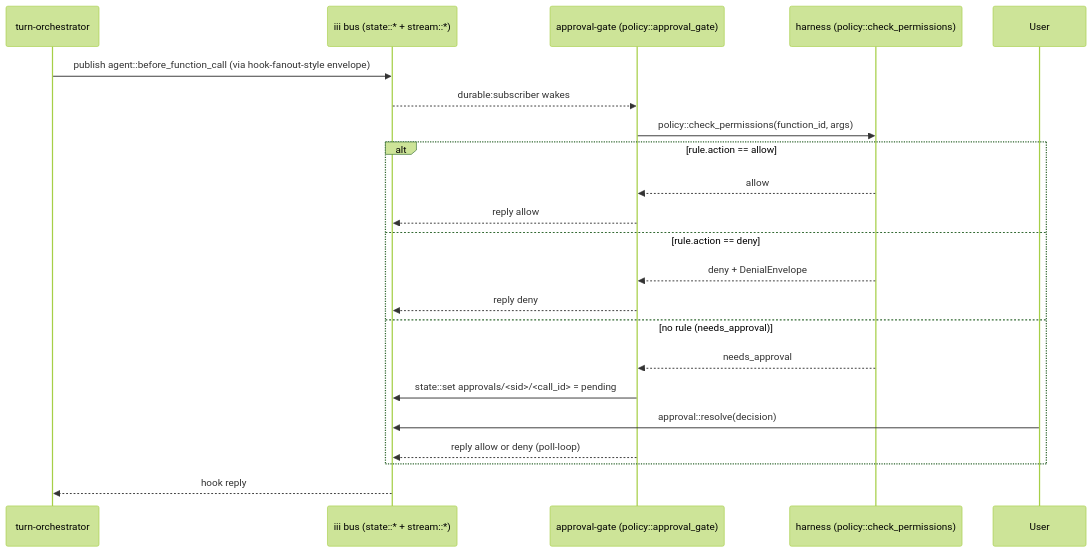
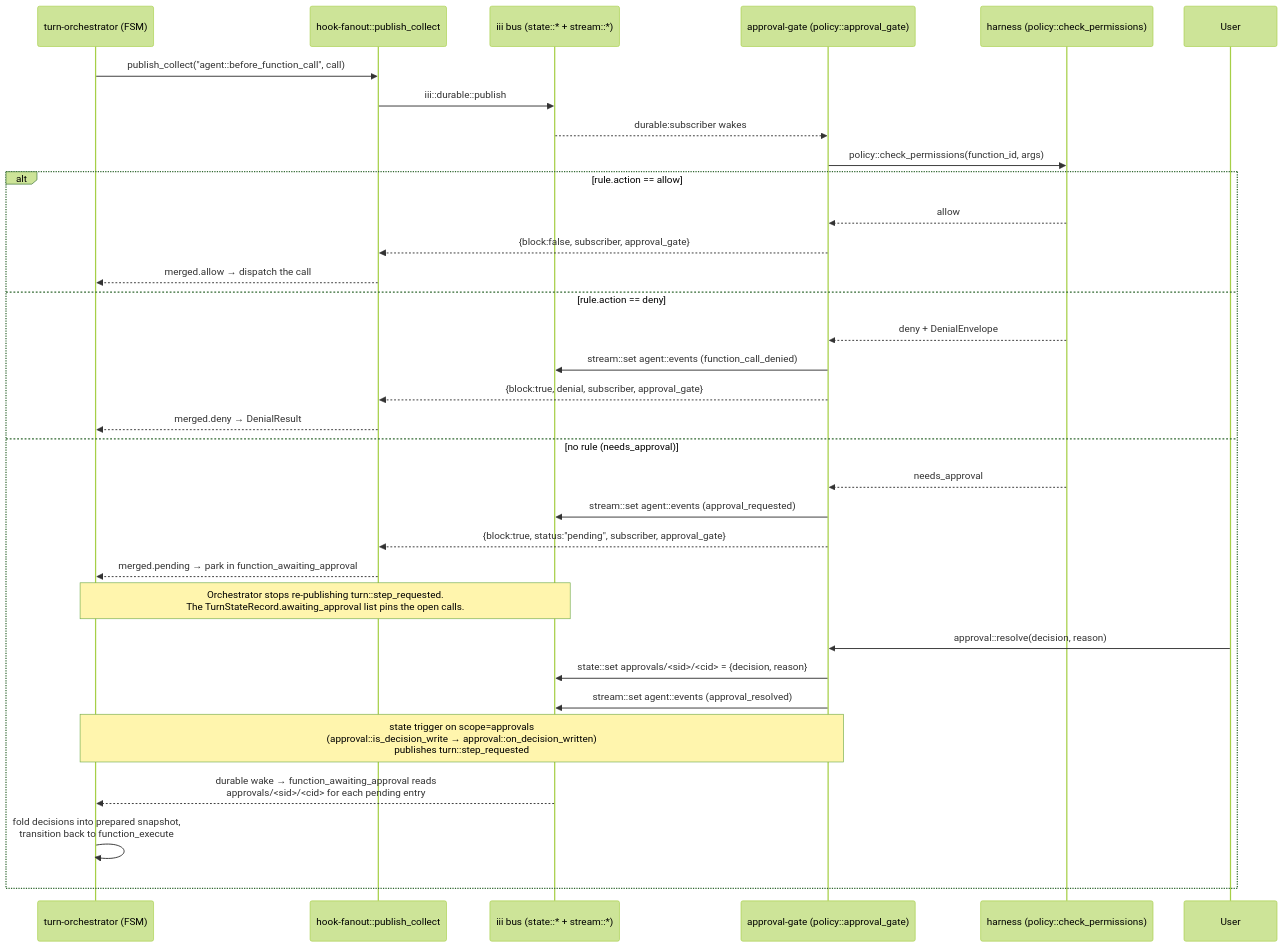
One commit to iii-hq/workers changed the third of 4 diagrams in harness-node/docs/architecture.md. Above: the diagram before and after it, drawn with Mermaid (forest theme). The commit also changed other lines of this file and 7 other files, not shown here.

First line of the commit message:
docs(harness-node): refresh architecture for reactive approval resume

````diff
--- a/harness-node/docs/architecture.md
+++ b/harness-node/docs/architecture.md
@@ -108,25 +128,36 @@
 ```mermaid
 sequenceDiagram
-  participant Turn as turn-orchestrator
+  participant Turn as turn-orchestrator (FSM)
+  participant Hook as hook-fanout::publish_collect
   participant Bus as iii bus (state::* + stream::*)
   participant Gate as approval-gate (policy::approval_gate)
   participant Harness as harness (policy::check_permissions)
   participant User
 
-  Turn->>Bus: publish agent::before_function_call (via hook-fanout-style envelope)
+  Turn->>Hook: publish_collect("agent::before_function_call", call)
+  Hook->>Bus: iii::durable::publish
   Bus-->>Gate: durable:subscriber wakes
   Gate->>Harness: policy::check_permissions(function_id, args)
   alt rule.action == allow
     Harness-->>Gate: allow
-    Gate-->>Bus: reply allow
+    Gate-->>Hook: {block:false, subscriber, approval_gate}
+    Hook-->>Turn: merged.allow → dispatch the call
   else rule.action == deny
     Harness-->>Gate: deny + DenialEnvelope
-    Gate-->>Bus: reply deny
+    Gate->>Bus: stream::set agent::events (function_call_denied)
+    Gate-->>Hook: {block:true, denial, subscriber, approval_gate}
+    Hook-->>Turn: merged.deny → DenialResult
   else no rule (needs_approval)
     Harness-->>Gate: needs_approval
-    Gate->>Bus: state::set approvals/<sid>/<call_id> = pending
-    User->>Bus: approval::resolve(decision)
-    Gate-->>Bus: reply allow or deny (poll-loop)
+    Gate->>Bus: stream::set agent::events (approval_requested)
+    Gate-->>Hook: {block:true, status:"pending", subscriber, approval_gate}
+    Hook-->>Turn: merged.pending → park in function_awaiting_approval
+    Note over Turn,Bus: Orchestrator stops re-publishing turn::step_requested.<br/>The TurnStateRecord.awaiting_approval list pins the open calls.
+    User->>Gate: approval::resolve(decision, reason)
+    Gate->>Bus: state::set approvals/<sid>/<cid> = {decision, reason}
+    Gate->>Bus: stream::set agent::events (approval_resolved)
+    Note over Gate,Turn: state trigger on scope=approvals<br/>(approval::is_decision_write → approval::on_decision_written)<br/>publishes turn::step_requested
+    Bus-->>Turn: durable wake → function_awaiting_approval reads<br/>approvals/<sid>/<cid> for each pending entry
+    Turn->>Turn: fold decisions into prepared snapshot,<br/>transition back to function_execute
   end
-  Bus-->>Turn: hook reply
 ```
````
